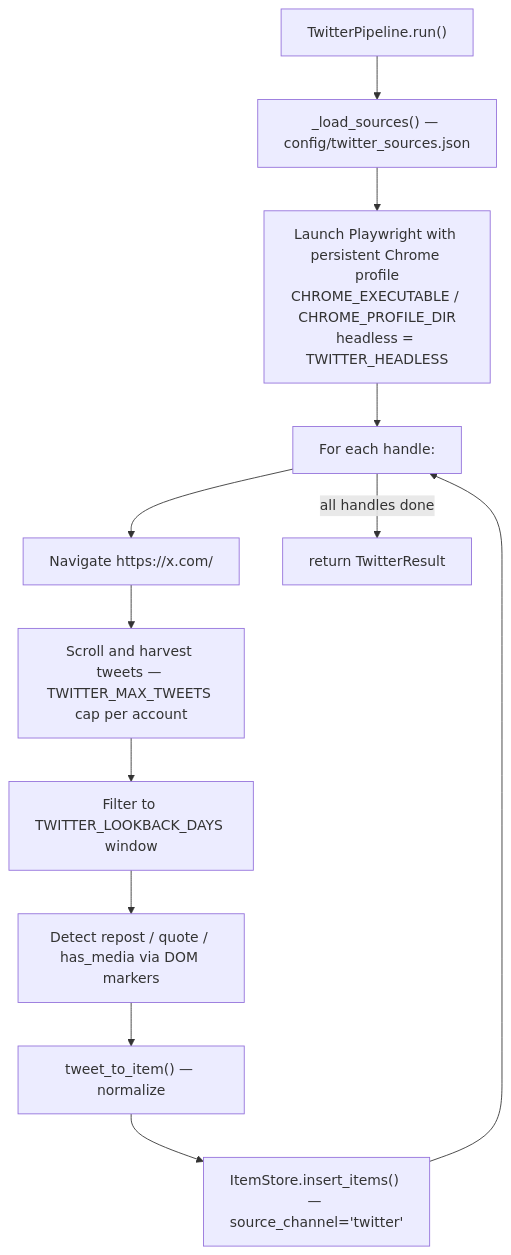
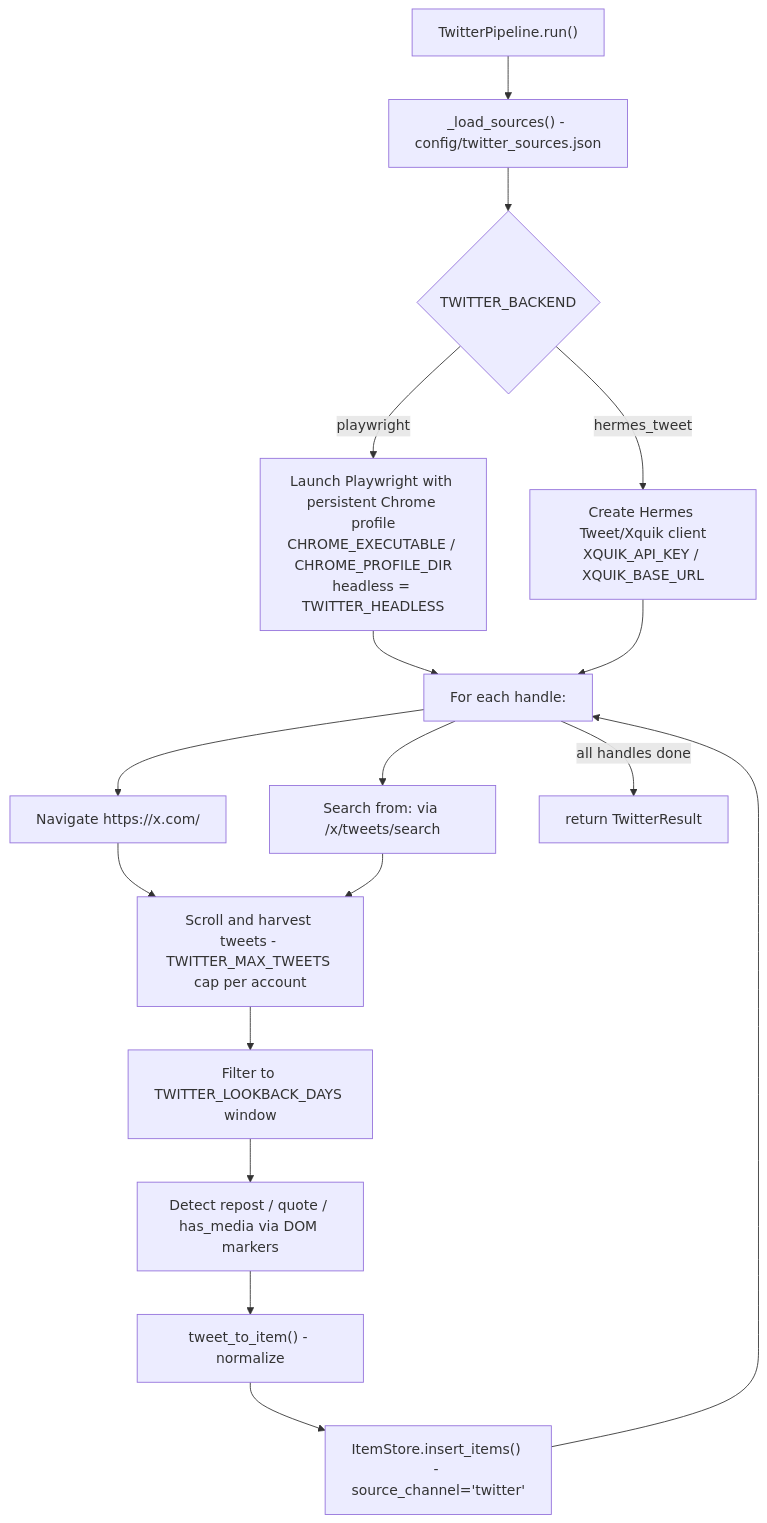
The third of 3 diagrams in pipeline/ingestion/doc.md (aadarshvelu/syndicate), drawn with Mermaid before and after one commit. The commit also changed other lines of this file and 12 other files, not shown here.

First line of the commit message:
feat: add optional Xquik Twitter ingestion

````diff
--- a/pipeline/ingestion/doc.md
+++ b/pipeline/ingestion/doc.md
@@ -42,14 +42,19 @@
 ```mermaid
 flowchart TD
-    A["TwitterPipeline.run()"] --> B["_load_sources() — config/twitter_sources.json"]
-    B --> C["Launch Playwright with persistent Chrome profile<br/>CHROME_EXECUTABLE / CHROME_PROFILE_DIR<br/>headless = TWITTER_HEADLESS"]
+    A["TwitterPipeline.run()"] --> B["_load_sources() - config/twitter_sources.json"]
+    B --> BACKEND{"TWITTER_BACKEND"}
+    BACKEND -->|playwright| C["Launch Playwright with persistent Chrome profile<br/>CHROME_EXECUTABLE / CHROME_PROFILE_DIR<br/>headless = TWITTER_HEADLESS"]
+    BACKEND -->|hermes_tweet| XQ["Create Hermes Tweet/Xquik client<br/>XQUIK_API_KEY / XQUIK_BASE_URL"]
     C --> D["For each handle:"]
+    XQ --> D
     D --> E["Navigate https://x.com/<handle>"]
-    E --> F["Scroll and harvest tweets — TWITTER_MAX_TWEETS cap per account"]
+    D --> XS["Search from:<handle> via /x/tweets/search"]
+    E --> F["Scroll and harvest tweets - TWITTER_MAX_TWEETS cap per account"]
+    XS --> F
     F --> G["Filter to TWITTER_LOOKBACK_DAYS window"]
     G --> H["Detect repost / quote / has_media via DOM markers"]
-    H --> I["tweet_to_item() — normalize"]
-    I --> J["ItemStore.insert_items() — source_channel='twitter'"]
+    H --> I["tweet_to_item() - normalize"]
+    I --> J["ItemStore.insert_items() - source_channel='twitter'"]
     J --> D
     D -- all handles done --> K["return TwitterResult"]
 ```
````
